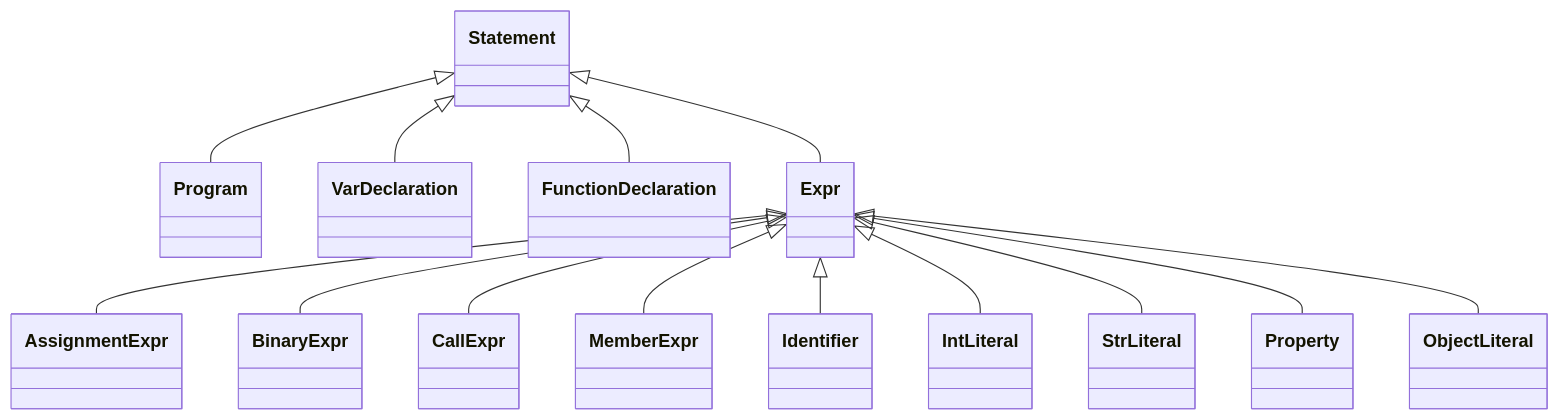
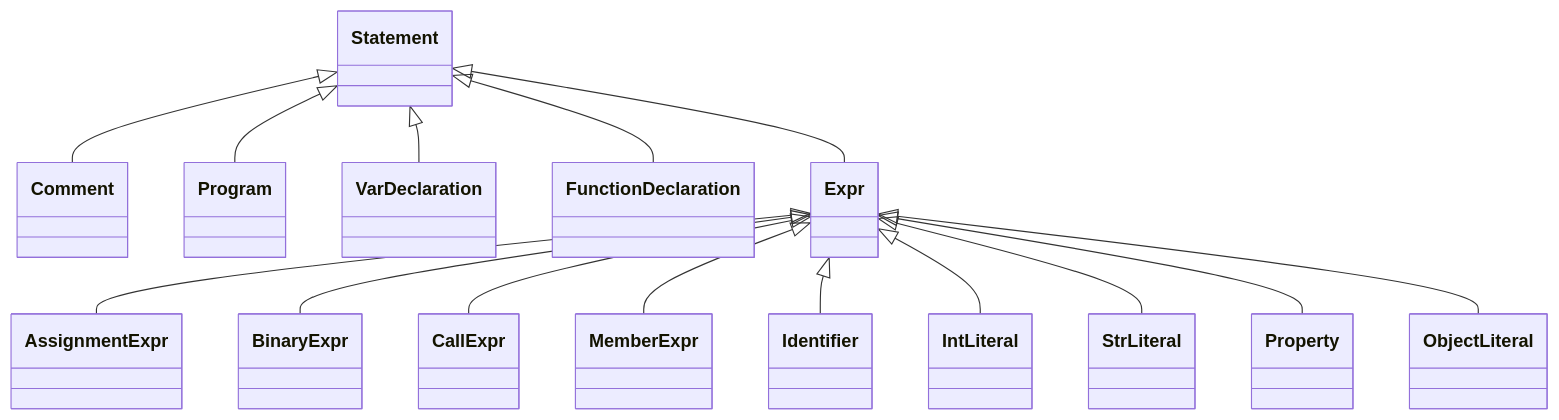
Before and after one commit to MasterZydra/ScriLa: the diagram in doc/AST.md, drawn with Mermaid.

Commit message:
AST.md: Add node "Comment"

````diff
--- a/doc/AST.md
+++ b/doc/AST.md
@@ -3,16 +3,17 @@
 ```mermaid
 classDiagram
+  Statement <|-- Comment
   Statement <|-- Program
   Statement <|-- VarDeclaration
   Statement <|-- FunctionDeclaration
   Statement <|-- Expr
   Expr <|-- AssignmentExpr
   Expr <|-- BinaryExpr
   Expr <|-- CallExpr
   Expr <|-- MemberExpr
   Expr <|-- Identifier
   Expr <|-- IntLiteral
   Expr <|-- StrLiteral
   Expr <|-- Property
   Expr <|-- ObjectLiteral
 ```
````
